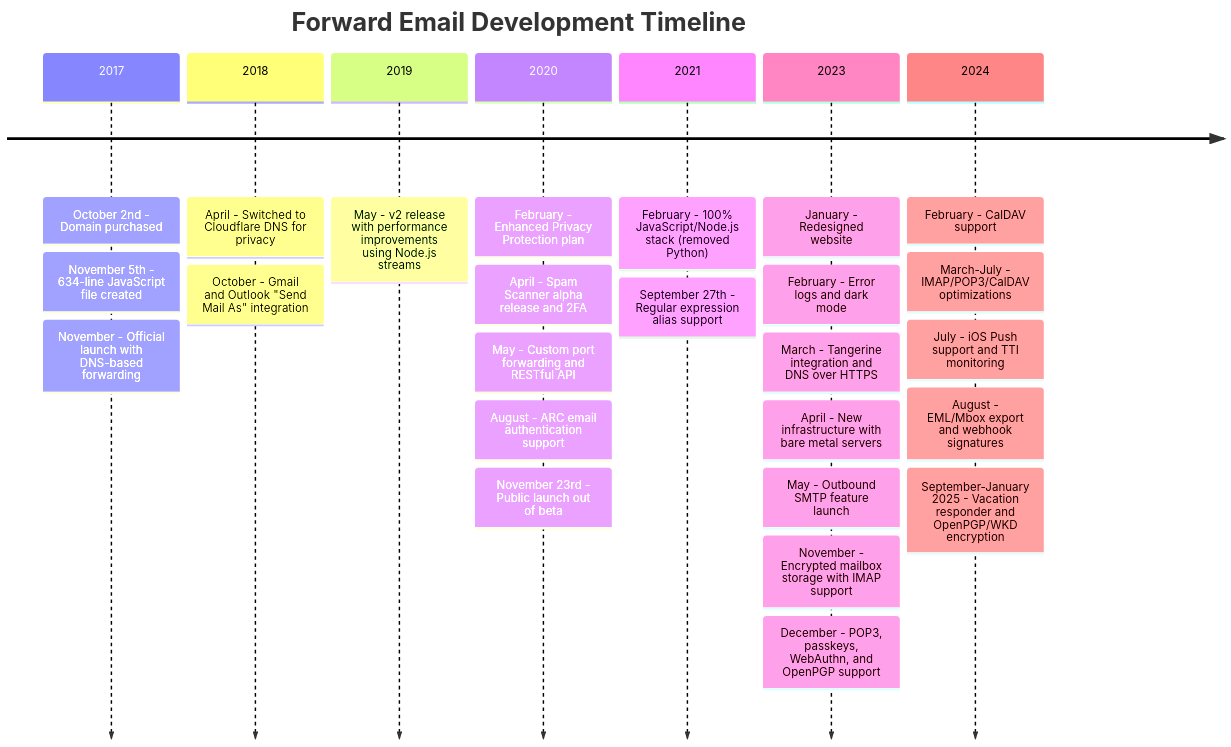
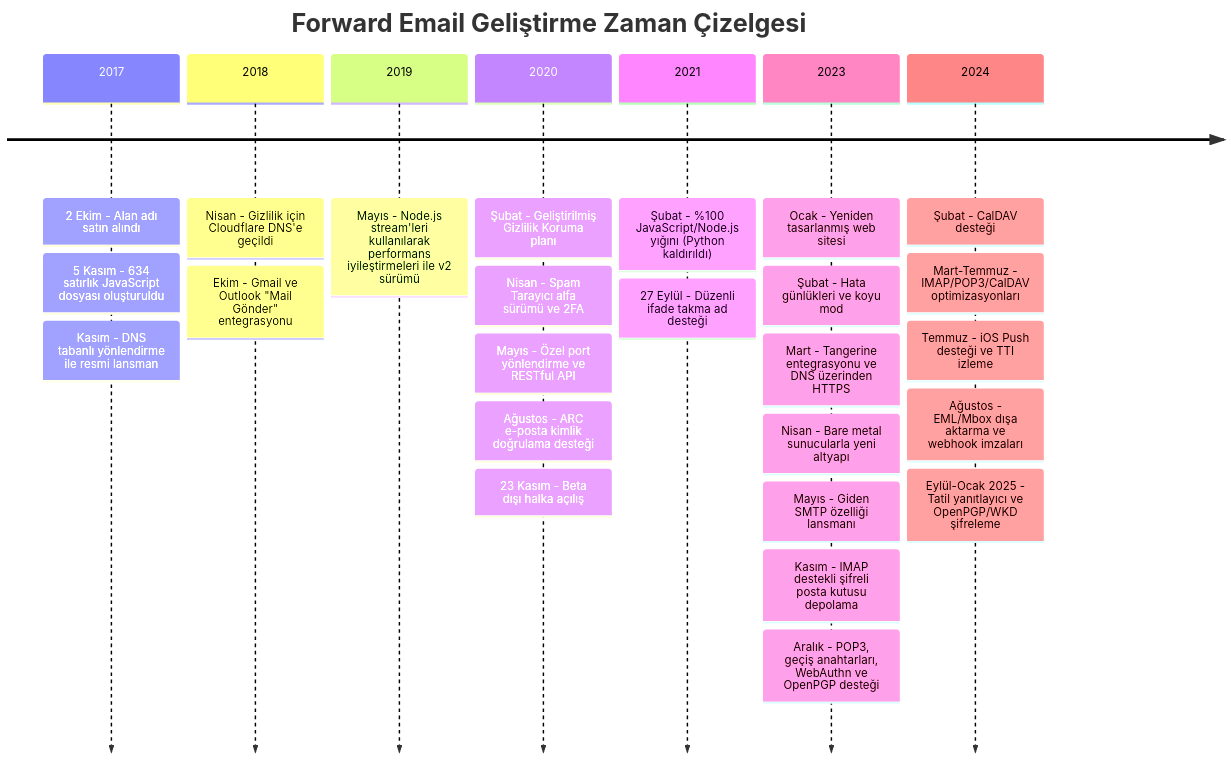
One commit to forwardemail/forwardemail.net changed the ninth of 10 diagrams in app/views/docs/email-startup-graveyard-why-80-percent-email-companies-fail/index-tr.md. Above: the diagram before and after it, drawn with Mermaid. The commit also changed other lines of this file and 1055 other files, not shown here.

````diff
--- a/app/views/docs/email-startup-graveyard-why-80-percent-email-companies-fail/index-tr.md
+++ b/app/views/docs/email-startup-graveyard-why-80-percent-email-companies-fail/index-tr.md
@@ -684,11 +688,11 @@
 ```mermaid
 timeline
-    title Forward Email Development Timeline
-    2017 : October 2nd - Domain purchased : November 5th - 634-line JavaScript file created : November - Official launch with DNS-based forwarding
-    2018 : April - Switched to Cloudflare DNS for privacy : October - Gmail and Outlook "Send Mail As" integration
-    2019 : May - v2 release with performance improvements using Node.js streams
-    2020 : February - Enhanced Privacy Protection plan : April - Spam Scanner alpha release and 2FA : May - Custom port forwarding and RESTful API : August - ARC email authentication support : November 23rd - Public launch out of beta
-    2021 : February - 100% JavaScript/Node.js stack (removed Python) : September 27th - Regular expression alias support
-    2023 : January - Redesigned website : February - Error logs and dark mode : March - Tangerine integration and DNS over HTTPS : April - New infrastructure with bare metal servers : May - Outbound SMTP feature launch : November - Encrypted mailbox storage with IMAP support : December - POP3, passkeys, WebAuthn, and OpenPGP support
-    2024 : February - CalDAV support : March-July - IMAP/POP3/CalDAV optimizations : July - iOS Push support and TTI monitoring : August - EML/Mbox export and webhook signatures : September-January 2025 - Vacation responder and OpenPGP/WKD encryption
+    title Forward Email Geliştirme Zaman Çizelgesi
+    2017 : 2 Ekim - Alan adı satın alındı : 5 Kasım - 634 satırlık JavaScript dosyası oluşturuldu : Kasım - DNS tabanlı yönlendirme ile resmi lansman
+    2018 : Nisan - Gizlilik için Cloudflare DNS'e geçildi : Ekim - Gmail ve Outlook "Mail Gönder" entegrasyonu
+    2019 : Mayıs - Node.js stream'leri kullanılarak performans iyileştirmeleri ile v2 sürümü
+    2020 : Şubat - Geliştirilmiş Gizlilik Koruma planı : Nisan - Spam Tarayıcı alfa sürümü ve 2FA : Mayıs - Özel port yönlendirme ve RESTful API : Ağustos - ARC e-posta kimlik doğrulama desteği : 23 Kasım - Beta dışı halka açılış
+    2021 : Şubat - %100 JavaScript/Node.js yığını (Python kaldırıldı) : 27 Eylül - Düzenli ifade takma ad desteği
+    2023 : Ocak - Yeniden tasarlanmış web sitesi : Şubat - Hata günlükleri ve koyu mod : Mart - Tangerine entegrasyonu ve DNS üzerinden HTTPS : Nisan - Bare metal sunucularla yeni altyapı : Mayıs - Giden SMTP özelliği lansmanı : Kasım - IMAP destekli şifreli posta kutusu depolama : Aralık - POP3, geçiş anahtarları, WebAuthn ve OpenPGP desteği
+    2024 : Şubat - CalDAV desteği : Mart-Temmuz - IMAP/POP3/CalDAV optimizasyonları : Temmuz - iOS Push desteği ve TTI izleme : Ağustos - EML/Mbox dışa aktarma ve webhook imzaları : Eylül-Ocak 2025 - Tatil yanıtlayıcı ve OpenPGP/WKD şifreleme
 ```
````
